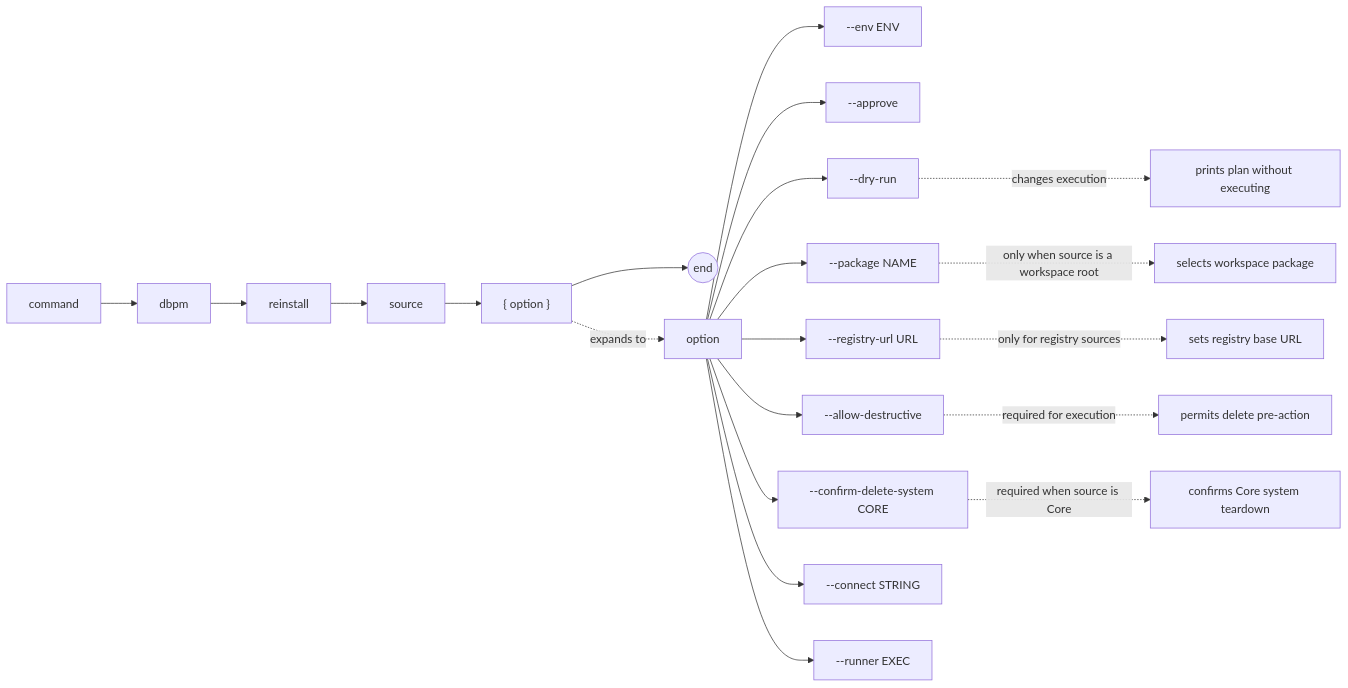
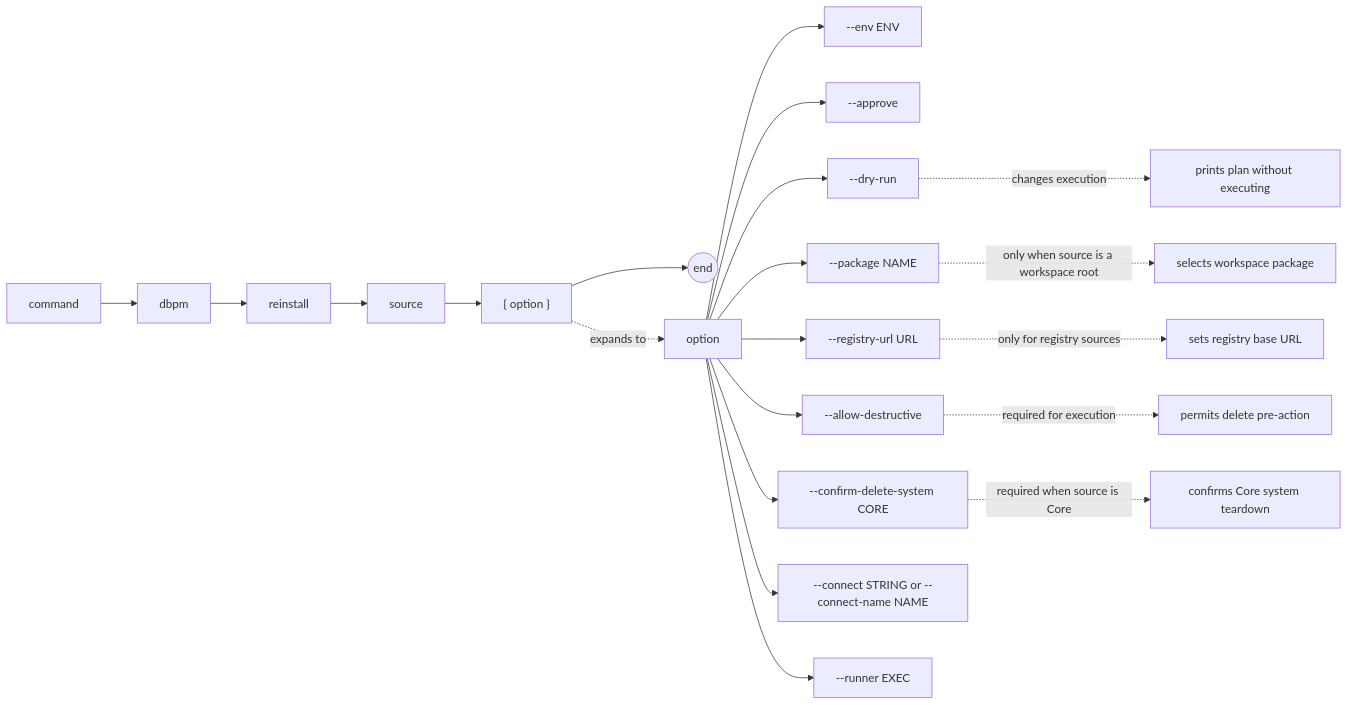
Before and after one commit to 512itconsulting/dbpm: the diagram in docs/commands/reinstall.md, drawn with Mermaid. The commit also changed other lines of this file and 22 other files, not shown here.

````diff
--- a/docs/commands/reinstall.md
+++ b/docs/commands/reinstall.md
@@ -19,25 +19,25 @@
 ```mermaid
 flowchart LR
     command["command"] --> dbpm["dbpm"]
     dbpm --> reinstall["reinstall"]
     reinstall --> source["source"]
     source --> options["{ option }"]
     options --> end_node(("end"))
 
     options -. expands to .-> option["option"]
     option --> env["--env ENV"]
     option --> approve["--approve"]
     option --> dry_run["--dry-run"]
     option --> package["--package NAME"]
     option --> registry_url["--registry-url URL"]
     option --> allow_destructive["--allow-destructive"]
     option --> confirm_system["--confirm-delete-system CORE"]
-    option --> connect["--connect STRING"]
+    option --> connect["--connect STRING or --connect-name NAME"]
     option --> runner["--runner EXEC"]
 
     allow_destructive -. required for execution .-> destructive_note["permits delete pre-action"]
     confirm_system -. required when source is Core .-> core_note["confirms Core system teardown"]
     package -. only when source is a workspace root .-> package_note["selects workspace package"]
     registry_url -. only for registry sources .-> registry_note["sets registry base URL"]
     dry_run -. changes execution .-> dry_run_note["prints plan without executing"]
 ```
````
